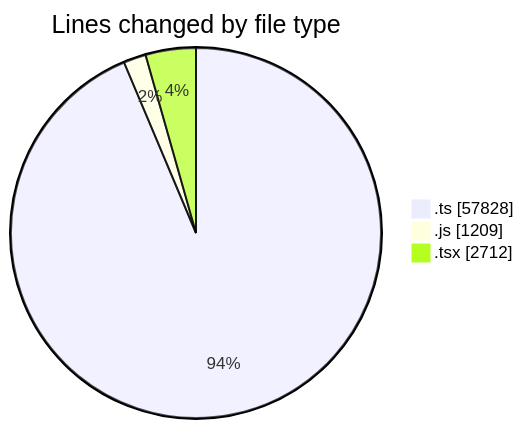
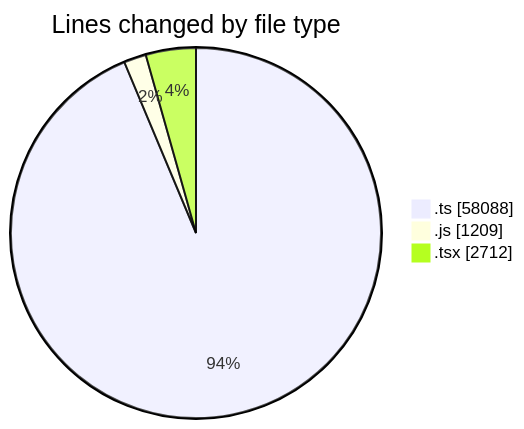
Before and after one commit to momahboobian/code-tracking: the first of 2 diagrams in 2026-11-03/cda/README.md, drawn with Mermaid. The commit also changed other lines of this file and 1 other file, not shown here.

````diff
--- a/2026-11-03/cda/README.md
+++ b/2026-11-03/cda/README.md
@@ -52,7 +53,7 @@
 ```mermaid
 pie showData
 title Lines changed by file type
-".ts" : 57828
+".ts" : 58088
 ".js" : 1209
 ".tsx" : 2712
 ```
````
